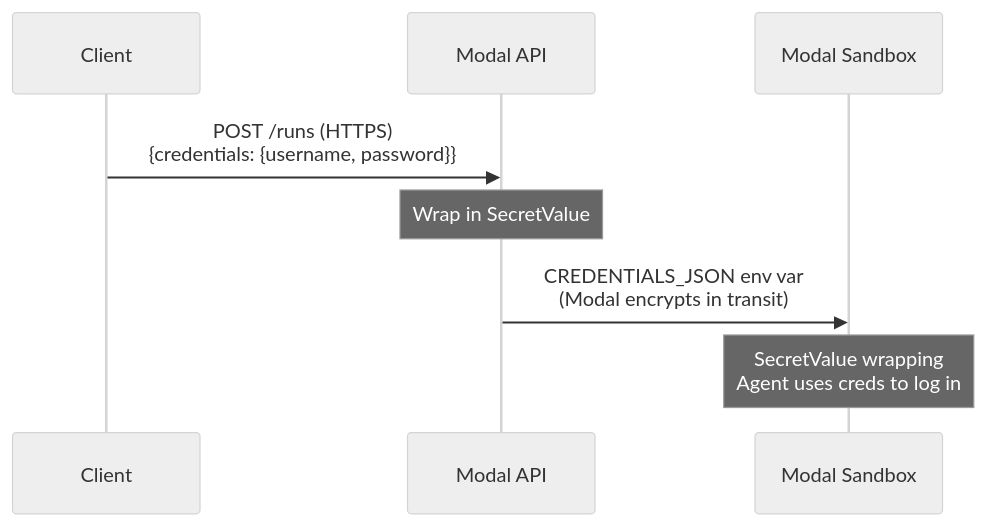
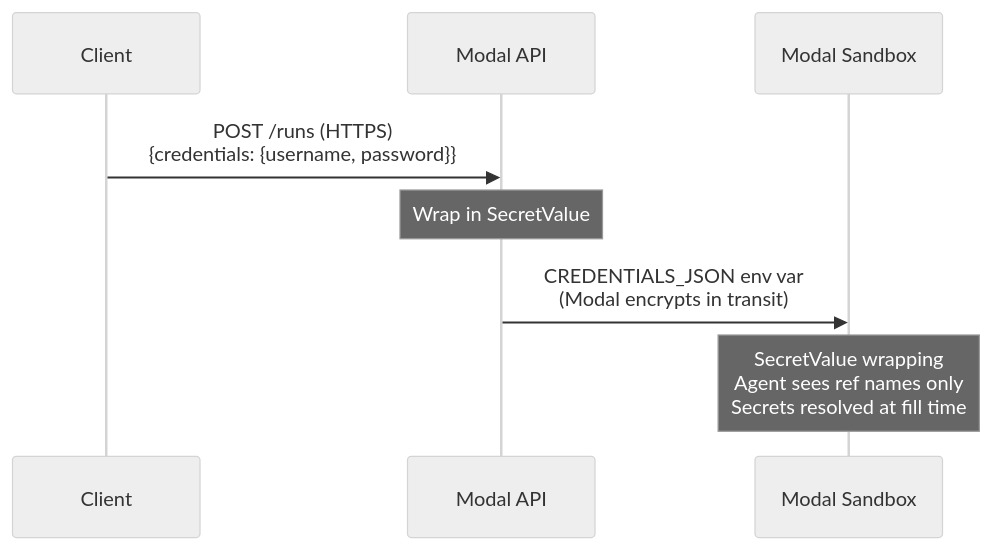
Before and after one commit to AppliedLabsAI/cua: the diagram in docs/authentication.md, drawn with Mermaid (neutral theme). The commit also changed other lines of this file and 16 other files, not shown here.

````diff
--- a/docs/authentication.md
+++ b/docs/authentication.md
@@ -56,12 +88,12 @@
 ```mermaid
 sequenceDiagram
     participant C as Client
     participant A as Modal API
     participant S as Modal Sandbox
 
     C->>A: POST /runs (HTTPS)<br/>{credentials: {username, password}}
     Note over A: Wrap in SecretValue
 
     A->>S: CREDENTIALS_JSON env var<br/>(Modal encrypts in transit)
-    Note over S: SecretValue wrapping<br/>Agent uses creds to log in
+    Note over S: SecretValue wrapping<br/>Agent sees ref names only<br/>Secrets resolved at fill time
 ```
````
